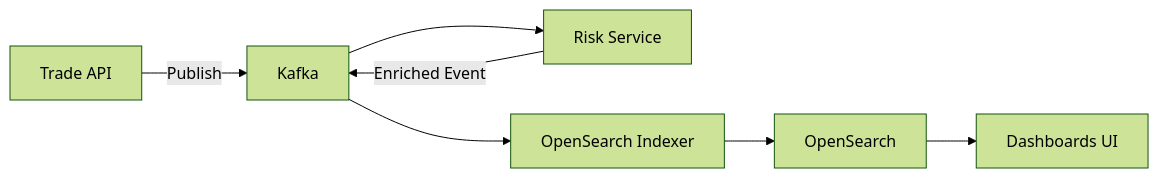
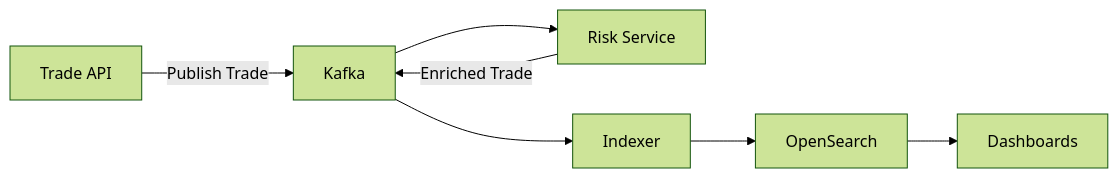
The first of 3 diagrams in README.md (javakishore-veleti/FX-Trade-Analytics-AWs-OpenSearch), drawn with Mermaid (forest theme) before and after one commit. The commit also changed other lines of this file, not shown here.

````diff
--- a/README.md
+++ b/README.md
@@ -9,9 +21,9 @@
 ```mermaid
 flowchart LR
-    A[Trade API] -->|Publish| B[Kafka]
+    A[Trade API] -->|Publish Trade| B[Kafka]
     B --> C[Risk Service]
-    C -->|Enriched Event| B
-    B --> D[OpenSearch Indexer]
+    C -->|Enriched Trade| B
+    B --> D[Indexer]
     D --> E[OpenSearch]
-    E --> F[Dashboards UI]
+    E --> F[Dashboards]
 ```
````
